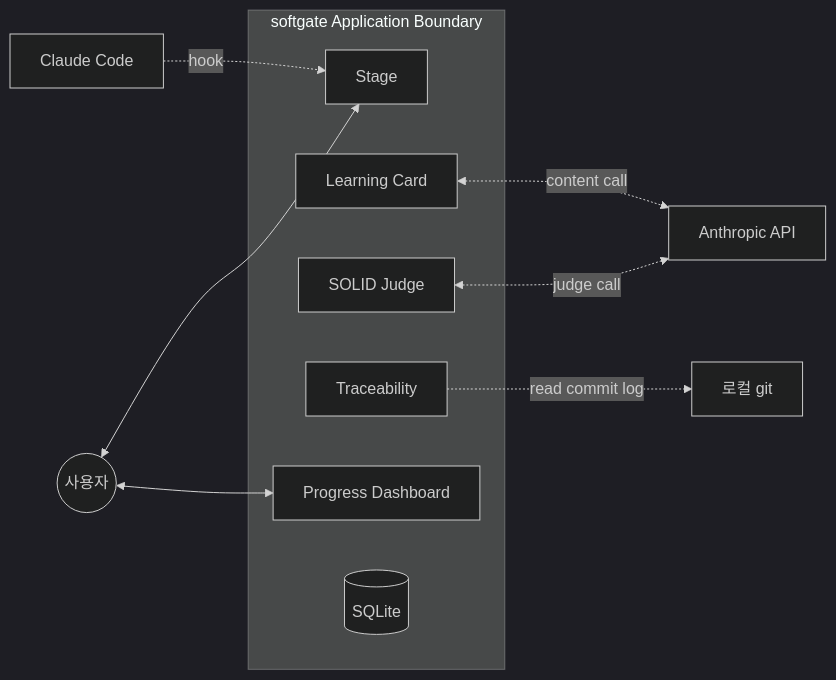
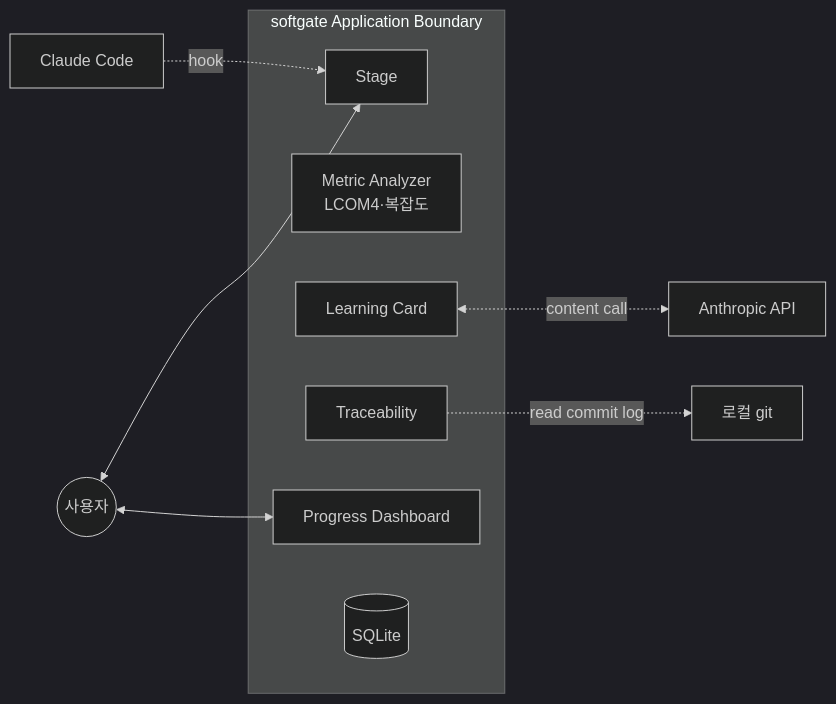
The fourth of 4 diagrams in docs/ARCHITECTURE.md (YujunOh/NaN-SE), drawn with Mermaid (dark theme) before and after one commit. The commit also changed other lines of this file and 5 other files, not shown here.

First line of the commit message:
피벗 전 SOLID Judge 서술 5개 문서 정리

````diff
--- a/docs/ARCHITECTURE.md
+++ b/docs/ARCHITECTURE.md
@@ -317,23 +315,22 @@
 ```mermaid
 flowchart LR
     subgraph "softgate Application Boundary"
         SG[Stage]
-        SJ[SOLID Judge]
+        SJ[Metric Analyzer<br/>LCOM4·복잡도]
         LC[Learning Card]
         TR[Traceability]
         PD[Progress Dashboard]
         DB[(SQLite)]
     end
 
     User((사용자))
     CC[Claude Code]
     Ant[Anthropic API]
     Git[로컬 git]
 
     User <--> SG
     User <--> PD
     CC -.hook.-> SG
-    SJ <-.judge call.-> Ant
     LC <-.content call.-> Ant
     TR -.read commit log.-> Git
 ```
````
